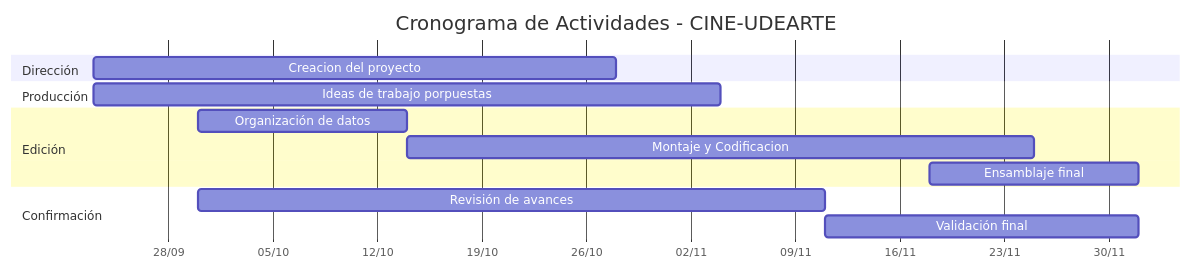
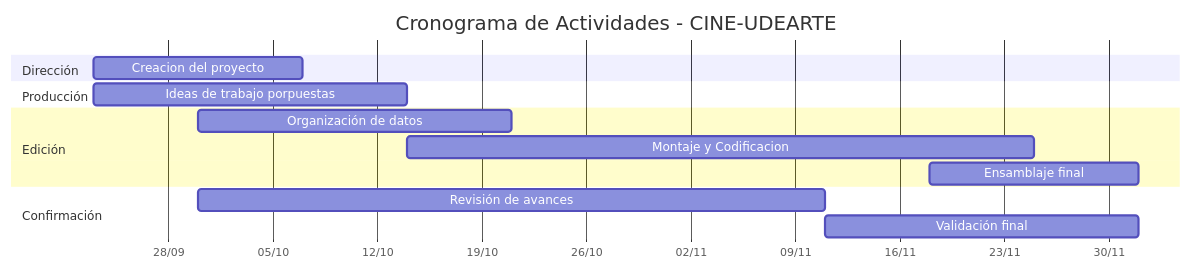
One commit to JonhyOC/CINE-UDEARTE changed the diagram in README.md. Above: the diagram before and after it, drawn with Mermaid.

````diff
--- a/README.md
+++ b/README.md
@@ -130,22 +130,22 @@
 ```mermaid
 gantt
     title Cronograma de Actividades - CINE-UDEARTE
     dateFormat  YYYY-MM-DD
     axisFormat  %d/%m
 
     section Dirección
-    Creacion del proyecto             :dir1, 2025-09-23, 5w
+    Creacion del proyecto             :dir1, 2025-09-23, 2w
     
 
     section Producción
-    Ideas de trabajo porpuestas       :prod1, 2025-09-23, 6w
+    Ideas de trabajo porpuestas       :prod1, 2025-09-23, 3w
     
     section Edición
-    Organización de datos             :edit1, 2025-09-30, 2w
+    Organización de datos             :edit1, 2025-09-30, 3w
     Montaje y Codificacion            :edit2, 2025-10-14, 6w
     Ensamblaje final                  :edit3, 2025-11-18, 2w
 
     section Confirmación
     Revisión de avances               :conf1, 2025-09-30, 6w
     Validación final                  :conf2, 2025-11-11, 3w
 ```
````
